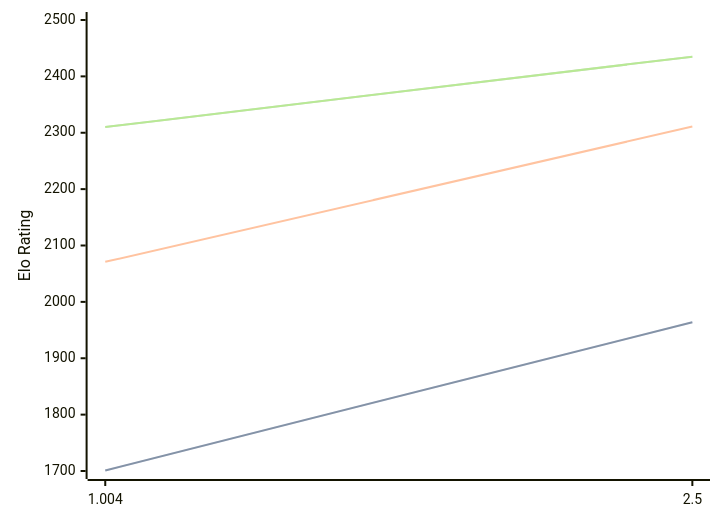
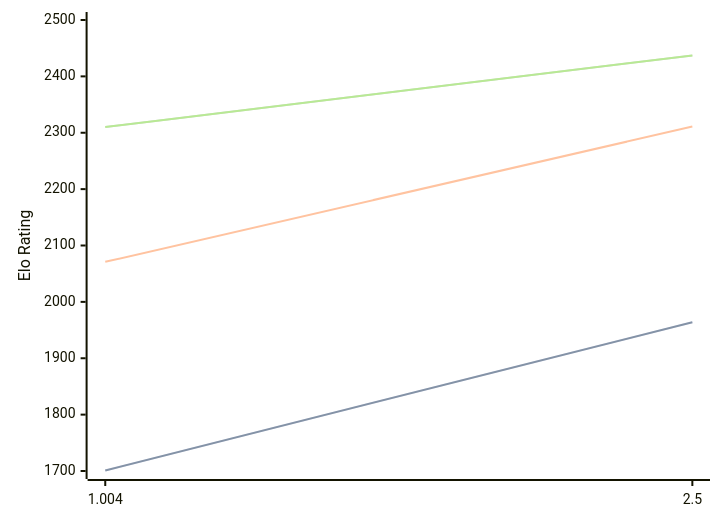
Before and after one commit to computer-chess-index/cci: the diagram in engines/Ares.md, drawn with Mermaid. The commit also changed other lines of this file, not shown here.

Commit message:
Update CCI Ratings (ELO VLTC) - 2026-08-20

````diff
--- a/engines/Ares.md
+++ b/engines/Ares.md
@@ -32,11 +32,11 @@
 ```mermaid
 %%{init: {"theme":"base","themeVariables":{"seriesColors:['#a3a3a3','#222221','#faa371']}}}%%
 xychart-beta
   x-axis ["1.004", "2.5"]
   y-axis "Elo Rating" 1700 --> 2500
   line "STC (8.0+0.08s)" [1701, 1964]
   line "STC (8.0+0.08s)" [1701, 1964]
   line "LTC (60.0+0.60s)" [2071, 2311]
-  line "VLTC (2m24s+1.12s)" [2310, 2435]
-  line "VLTC (2m24s+1.12s)" [2310, 2435]
+  line "VLTC (2m24s+1.12s)" [2310, 2437]
+  line "VLTC (2m24s+1.12s)" [2310, 2437]
 ```
````
